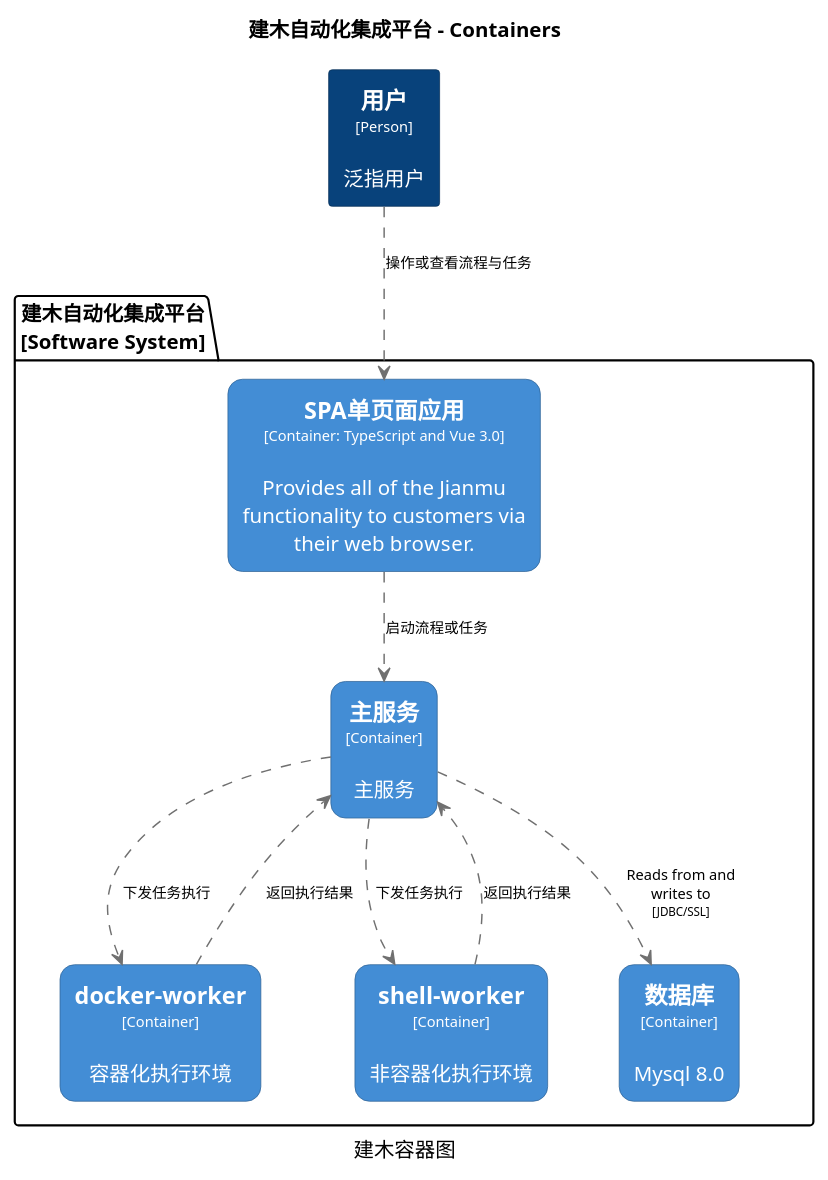
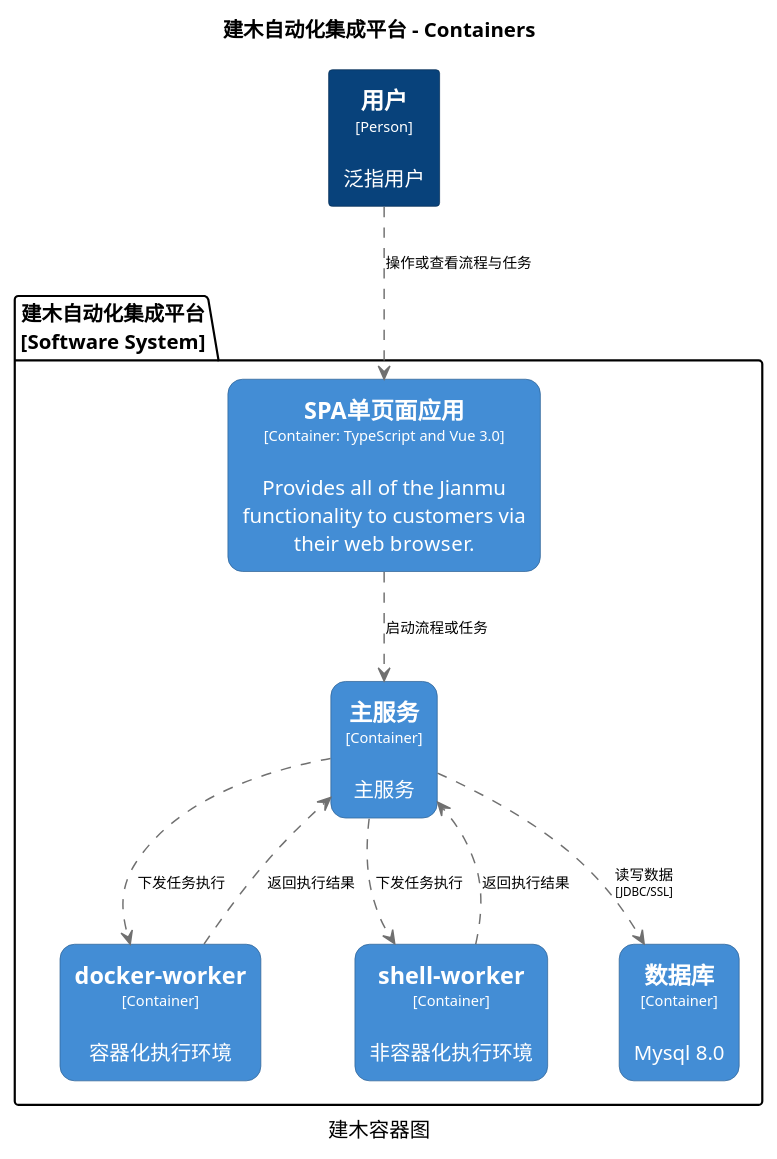
The diagram in c4/structurizr-jianmu-container.puml (jianmu-dev/jianmu-architecture-as-code), drawn with PlantUML before and after one commit. The commit also changed 8 other files, not shown here.

```diff
--- a/c4/structurizr-jianmu-container.puml
+++ b/c4/structurizr-jianmu-container.puml
@@ -1,64 +1,64 @@
 @startuml(id=jianmu-container)
 title 建木自动化集成平台 - Containers
 caption 建木容器图
 
 skinparam {
   shadowing false
   arrowFontSize 10
   defaultTextAlignment center
   wrapWidth 200
   maxMessageSize 100
 }
 hide stereotype
 top to bottom direction
+skinparam rectangle<<11>> {
+  BackgroundColor #438dd5
+  FontColor #ffffff
+  BorderColor #2E6295
+  roundCorner 20
+}
+skinparam rectangle<<12>> {
+  BackgroundColor #438dd5
+  FontColor #ffffff
+  BorderColor #2E6295
+  roundCorner 20
+}
 skinparam rectangle<<1>> {
   BackgroundColor #08427b
   FontColor #ffffff
   BorderColor #052E56
 }
 skinparam rectangle<<3>> {
   BackgroundColor #438dd5
   FontColor #ffffff
   BorderColor #2E6295
   roundCorner 20
 }
-skinparam rectangle<<14>> {
-  BackgroundColor #438dd5
-  FontColor #ffffff
-  BorderColor #2E6295
-  roundCorner 20
-}
 skinparam rectangle<<4>> {
   BackgroundColor #438dd5
   FontColor #ffffff
   BorderColor #2E6295
   roundCorner 20
 }
-skinparam rectangle<<9>> {
-  BackgroundColor #438dd5
-  FontColor #ffffff
-  BorderColor #2E6295
-  roundCorner 20
-}
-skinparam rectangle<<10>> {
+skinparam rectangle<<16>> {
   BackgroundColor #438dd5
   FontColor #ffffff
   BorderColor #2E6295
   roundCorner 20
 }
 rectangle "==用户\n<size:10>[Person]</size>\n\n泛指用户" <<1>> as 1
 package "建木自动化集成平台\n[Software System]" {
   rectangle "==SPA单页面应用\n<size:10>[Container: TypeScript and Vue 3.0]</size>\n\nProvides all of the Jianmu functionality to customers via their web browser." <<3>> as 3
-  rectangle "==docker-worker\n<size:10>[Container]</size>\n\n容器化执行环境" <<10>> as 10
-  rectangle "==shell-worker\n<size:10>[Container]</size>\n\n非容器化执行环境" <<14>> as 14
+  rectangle "==docker-worker\n<size:10>[Container]</size>\n\n容器化执行环境" <<12>> as 12
+  rectangle "==shell-worker\n<size:10>[Container]</size>\n\n非容器化执行环境" <<16>> as 16
   rectangle "==主服务\n<size:10>[Container]</size>\n\n主服务" <<4>> as 4
-  rectangle "==数据库\n<size:10>[Container]</size>\n\nMysql 8.0" <<9>> as 9
+  rectangle "==数据库\n<size:10>[Container]</size>\n\nMysql 8.0" <<11>> as 11
 }
 3 .[#707070].> 4 : "启动流程或任务"
-10 .[#707070].> 4 : "返回执行结果"
-14 .[#707070].> 4 : "返回执行结果"
-4 .[#707070].> 10 : "下发任务执行"
-4 .[#707070].> 14 : "下发任务执行"
-4 .[#707070].> 9 : "Reads from and writes to\n<size:8>[JDBC/SSL]</size>"
+12 .[#707070].> 4 : "返回执行结果"
+16 .[#707070].> 4 : "返回执行结果"
+4 .[#707070].> 12 : "下发任务执行"
+4 .[#707070].> 16 : "下发任务执行"
+4 .[#707070].> 11 : "读写数据\n<size:8>[JDBC/SSL]</size>"
 1 .[#707070].> 3 : "操作或查看流程与任务"
 @enduml
```
